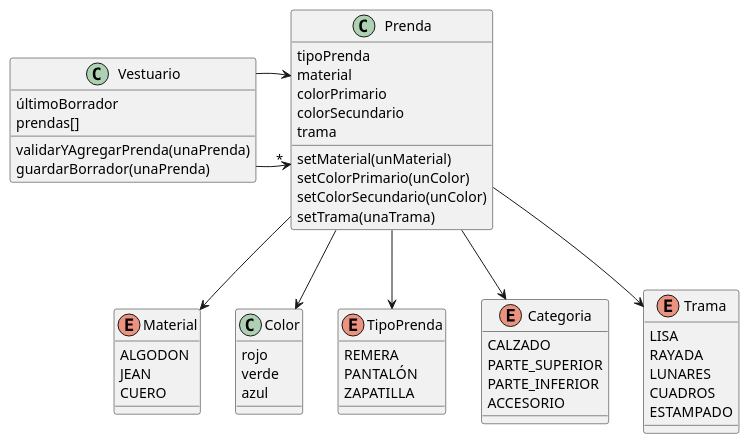
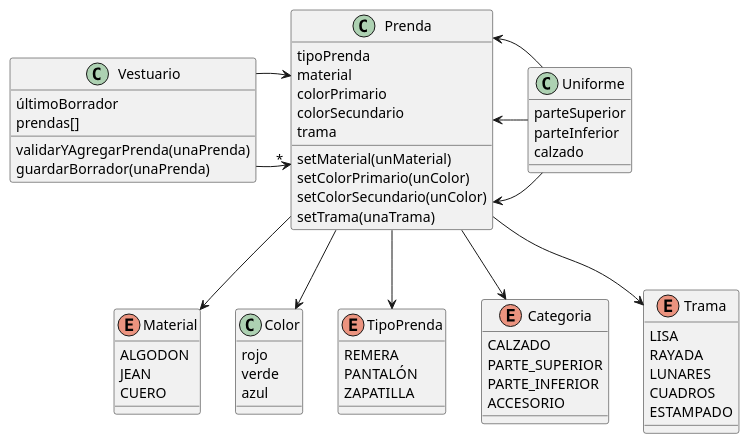
One commit to SwaXTech/QMP-1ra-Iteracion changed the diagram in SegundaIteracion/diagramaDeclases.plantuml. Above: the diagram before and after it, drawn with PlantUML. The commit also changed 1 other file, not shown here.

```diff
--- a/SegundaIteracion/diagramaDeclases.plantuml
+++ b/SegundaIteracion/diagramaDeclases.plantuml
@@ -1,70 +1,81 @@
 @startuml QMP Segunda Iteración
 
 class Prenda{
   tipoPrenda
   material
   colorPrimario
   colorSecundario
   trama
 
   setMaterial(unMaterial)
   setColorPrimario(unColor)
   setColorSecundario(unColor)
   setTrama(unaTrama)
 }
 
 Prenda -d-> Material
 enum Material{
   ALGODON
   JEAN
   CUERO
 }
 
 Prenda -d-> Color
 class Color{
   rojo
   verde
   azul
 }
 
 Prenda -d-> TipoPrenda
 enum TipoPrenda{
   REMERA
   PANTALÓN
   ZAPATILLA
 }
 
 
 Prenda -d-> Categoria
 enum Categoria{
   CALZADO
   PARTE_SUPERIOR
   PARTE_INFERIOR
   ACCESORIO
 }
 
 Prenda -d-> Trama
 enum Trama{
   LISA
   RAYADA
   LUNARES
   CUADROS
   ESTAMPADO
 }
 
 
 Vestuario -> "*" Prenda
 Vestuario -> Prenda
 class Vestuario{
 
   últimoBorrador
   prendas[]
 
   validarYAgregarPrenda(unaPrenda)
   guardarBorrador(unaPrenda)
 
 }
 
 
+Uniforme -l-> Prenda
+Uniforme -l-> Prenda
+Uniforme -l-> Prenda
+class Uniforme{
+  parteSuperior
+  parteInferior
+  calzado
+}
+
+
+
 
 @enduml
```
